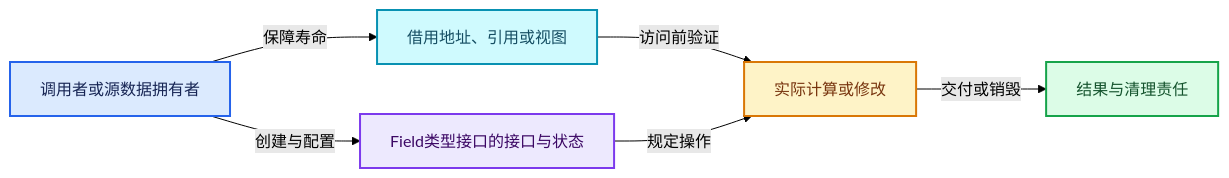
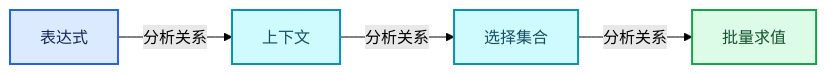
The third of 4 diagrams in 杂/markdown/全面学习-codex/08-Field表达式与求值/03-Field类型接口.md (yunkezengren/blender-.vscode), drawn with Mermaid (forest theme) before and after one commit. The commit also changed other lines of this file and 1930 other files, not shown here.

````diff
--- a/杂/markdown/全面学习-codex/08-Field表达式与求值/03-Field类型接口.md
+++ b/杂/markdown/全面学习-codex/08-Field表达式与求值/03-Field类型接口.md
@@ -364,19 +57,16 @@
 ```mermaid
 flowchart LR
-  O["调用者或源数据拥有者"]:::input
-  V["Field类型接口的接口与状态"]:::abstraction
-  B["借用地址、引用或视图"]:::data
-  W["实际计算或修改"]:::compute
-  R["结果与清理责任"]:::result
-  O -->|"创建与配置"| V
-  O -->|"保障寿命"| B
-  B -->|"访问前验证"| W
-  V -->|"规定操作"| W
-  W -->|"交付或销毁"| R
+  P0["表达式"]:::input
+  P1["上下文"]:::data
+  P2["选择集合"]:::data
+  P3["批量求值"]:::result
+  P0 -->|"分析关系"| P1
+  P1 -->|"分析关系"| P2
+  P2 -->|"分析关系"| P3
   classDef input fill:#DBEAFE,stroke:#2563EB,color:#172554,stroke-width:2px;
   classDef data fill:#CFFAFE,stroke:#0891B2,color:#164E63,stroke-width:2px;
   classDef abstraction fill:#EDE9FE,stroke:#7C3AED,color:#3B0764,stroke-width:2px;
   classDef compute fill:#FEF3C7,stroke:#D97706,color:#78350F,stroke-width:2px;
   classDef result fill:#DCFCE7,stroke:#16A34A,color:#14532D,stroke-width:2px;
   classDef error fill:#FEE2E2,stroke:#DC2626,color:#7F1D1D,stroke-width:2px;
 ```
````
